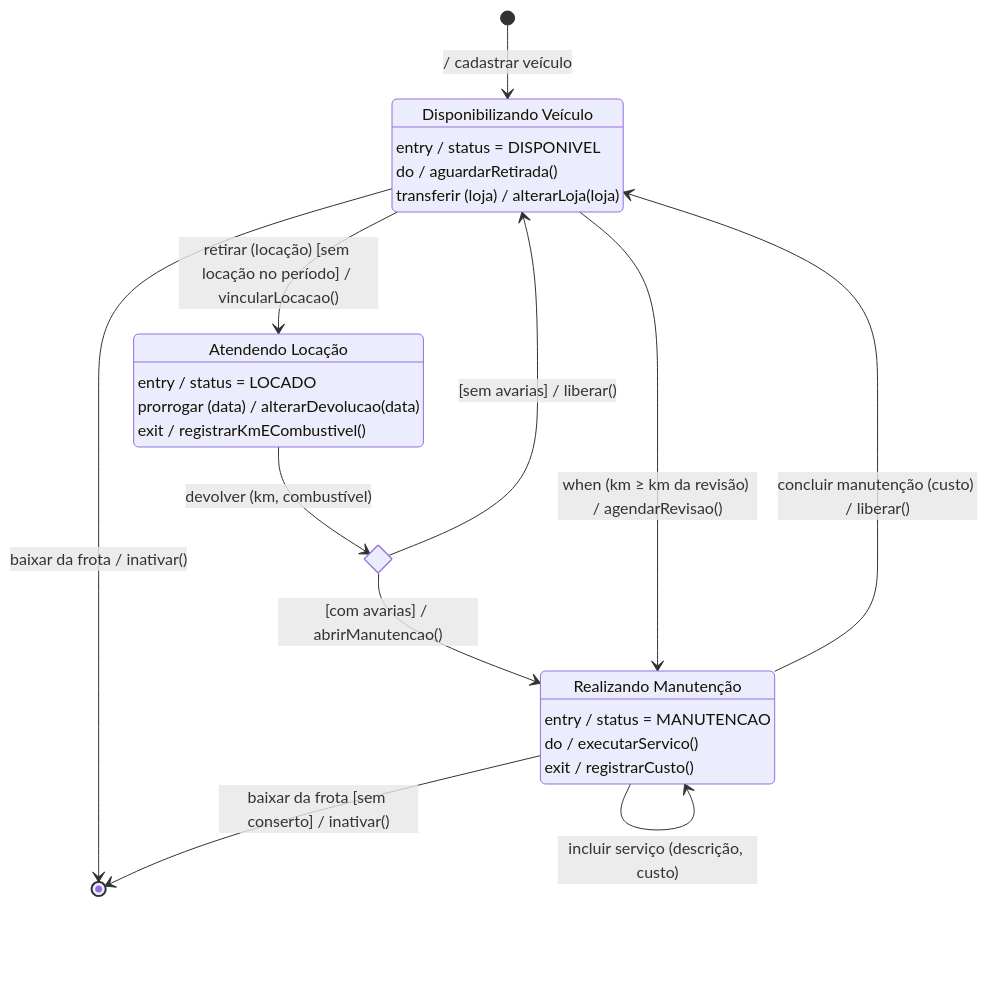
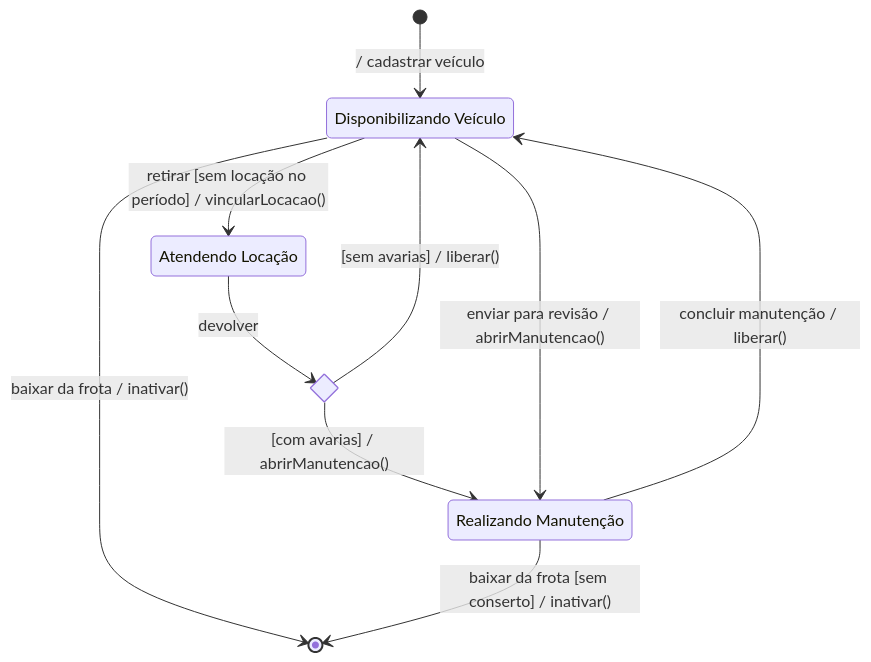
The diagram in docs/uml/diagrama-de-estados.md (lucasorlandi7/NextDrive), drawn with Mermaid before and after one commit. The commit also changed other lines of this file, not shown here.

Commit message:
docs: diagrama de estados do Veículo adicionado

````diff
--- a/docs/uml/diagrama-de-estados.md
+++ b/docs/uml/diagrama-de-estados.md
@@ -1,30 +7,19 @@
 ```mermaid
 stateDiagram-v2
     direction TB
 
     state "Disponibilizando Veículo" as Disponivel
     state "Atendendo Locação" as Locado
     state "Realizando Manutenção" as Manutencao
     state avaliacao <<choice>>
 
-    Disponivel : entry / status = DISPONIVEL
-    Disponivel : do / aguardarRetirada()
-    Disponivel : transferir (loja) / alterarLoja(loja)
-    Locado : entry / status = LOCADO
-    Locado : prorrogar (data) / alterarDevolucao(data)
-    Locado : exit / registrarKmECombustivel()
-    Manutencao : entry / status = MANUTENCAO
-    Manutencao : do / executarServico()
-    Manutencao : exit / registrarCusto()
-
     [*] --> Disponivel : / cadastrar veículo
-    Disponivel --> Locado : retirar (locação) [sem locação no período] / vincularLocacao()
-    Manutencao --> Manutencao : incluir serviço (descrição, custo)
-    Locado --> avaliacao : devolver (km, combustível)
+    Disponivel --> Locado : retirar [sem locação no período] / vincularLocacao()
+    Locado --> avaliacao : devolver
     avaliacao --> Disponivel : [sem avarias] / liberar()
     avaliacao --> Manutencao : [com avarias] / abrirManutencao()
-    Disponivel --> Manutencao : when (km ≥ km da revisão) / agendarRevisao()
-    Manutencao --> Disponivel : concluir manutenção (custo) / liberar()
+    Disponivel --> Manutencao : enviar para revisão / abrirManutencao()
+    Manutencao --> Disponivel : concluir manutenção / liberar()
     Disponivel --> [*] : baixar da frota / inativar()
     Manutencao --> [*] : baixar da frota [sem conserto] / inativar()
 ```
````
